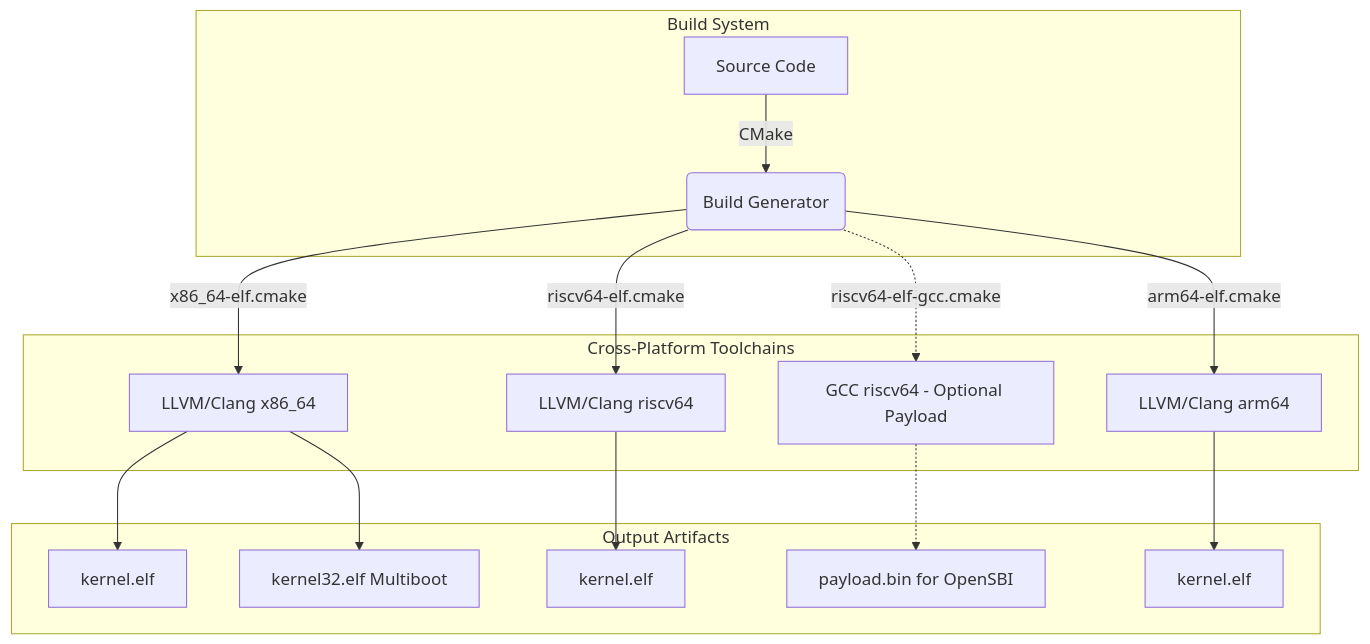
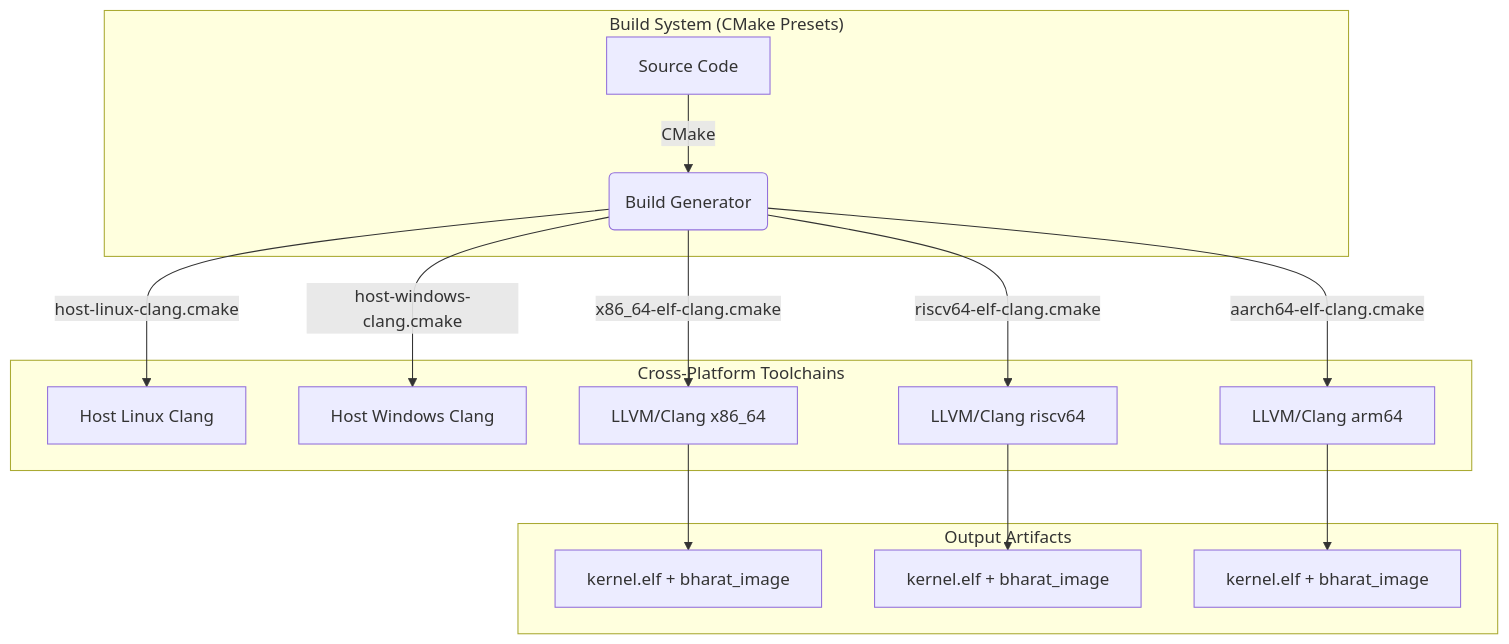
One commit to CloudCarpentry/Bharat-OS changed the diagram in BUILD.md. Above: the diagram before and after it, drawn with Mermaid. The commit also changed other lines of this file and 107 other files, not shown here.

````diff
--- a/BUILD.md
+++ b/BUILD.md
@@ -5,21 +5,20 @@
 ```mermaid
 flowchart TD
-    subgraph BuildSystem["Build System"]
+    subgraph BuildSystem["Build System (CMake Presets)"]
         A[Source Code] -->|CMake| B(Build Generator)
     end
 
     subgraph Toolchains["Cross-Platform Toolchains"]
-        B -->|x86_64-elf.cmake| X86[LLVM/Clang x86_64]
-        B -->|riscv64-elf.cmake| RV[LLVM/Clang riscv64]
-        B -.->|riscv64-elf-gcc.cmake| RVGCC[GCC riscv64 - Optional Payload]
-        B -->|arm64-elf.cmake| ARM[LLVM/Clang arm64]
+        B -->|host-linux-clang.cmake| HostL[Host Linux Clang]
+        B -->|host-windows-clang.cmake| HostW[Host Windows Clang]
+        B -->|x86_64-elf-clang.cmake| X86[LLVM/Clang x86_64]
+        B -->|riscv64-elf-clang.cmake| RV[LLVM/Clang riscv64]
+        B -->|aarch64-elf-clang.cmake| ARM[LLVM/Clang arm64]
     end
 
     subgraph Output["Output Artifacts"]
-        X86 --> O1[kernel.elf]
-        X86 --> O4[kernel32.elf Multiboot]
-        RV --> O2[kernel.elf]
-        RVGCC -.-> O5[payload.bin for OpenSBI]
-        ARM --> O3[kernel.elf]
+        X86 --> O1[kernel.elf + bharat_image]
+        RV --> O2[kernel.elf + bharat_image]
+        ARM --> O3[kernel.elf + bharat_image]
     end
 ```
````
